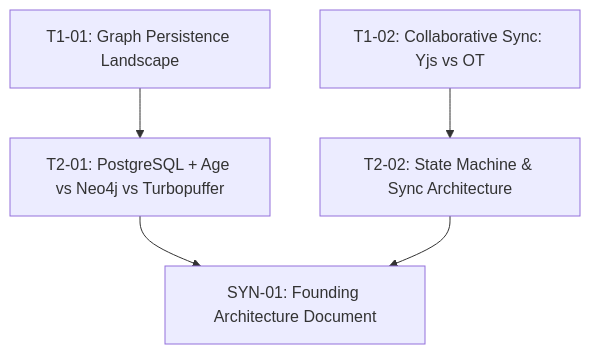
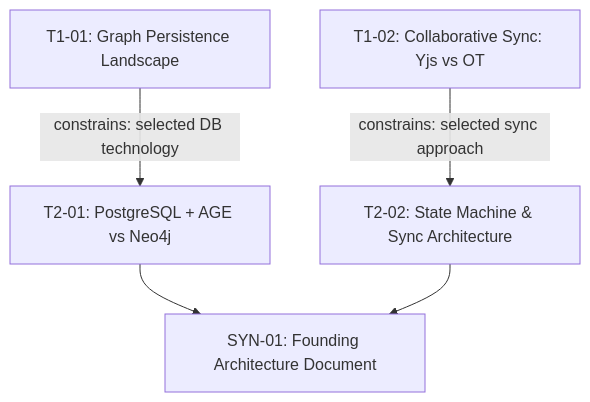
The diagram in examples/SAMPLE-PIPELINE.md (bhaskarjha-dev/vivechak), drawn with Mermaid before and after one commit. The commit also changed other lines of this file and 11 other files, not shown here.

````diff
--- a/examples/SAMPLE-PIPELINE.md
+++ b/examples/SAMPLE-PIPELINE.md
@@ -37,13 +39,13 @@
 ```mermaid
 graph TD
     T01[T1-01: Graph Persistence Landscape]
     T02[T1-02: Collaborative Sync: Yjs vs OT]
-    T03[T2-01: PostgreSQL + Age vs Neo4j vs Turbopuffer]
+    T03[T2-01: PostgreSQL + AGE vs Neo4j]
     T04[T2-02: State Machine & Sync Architecture]
     SYN[SYN-01: Founding Architecture Document]
 
-    T01 --> T03
-    T02 --> T04
+    T01 -->|constrains: selected DB technology| T03
+    T02 -->|constrains: selected sync approach| T04
     T03 --> SYN
     T04 --> SYN
 ```
````
